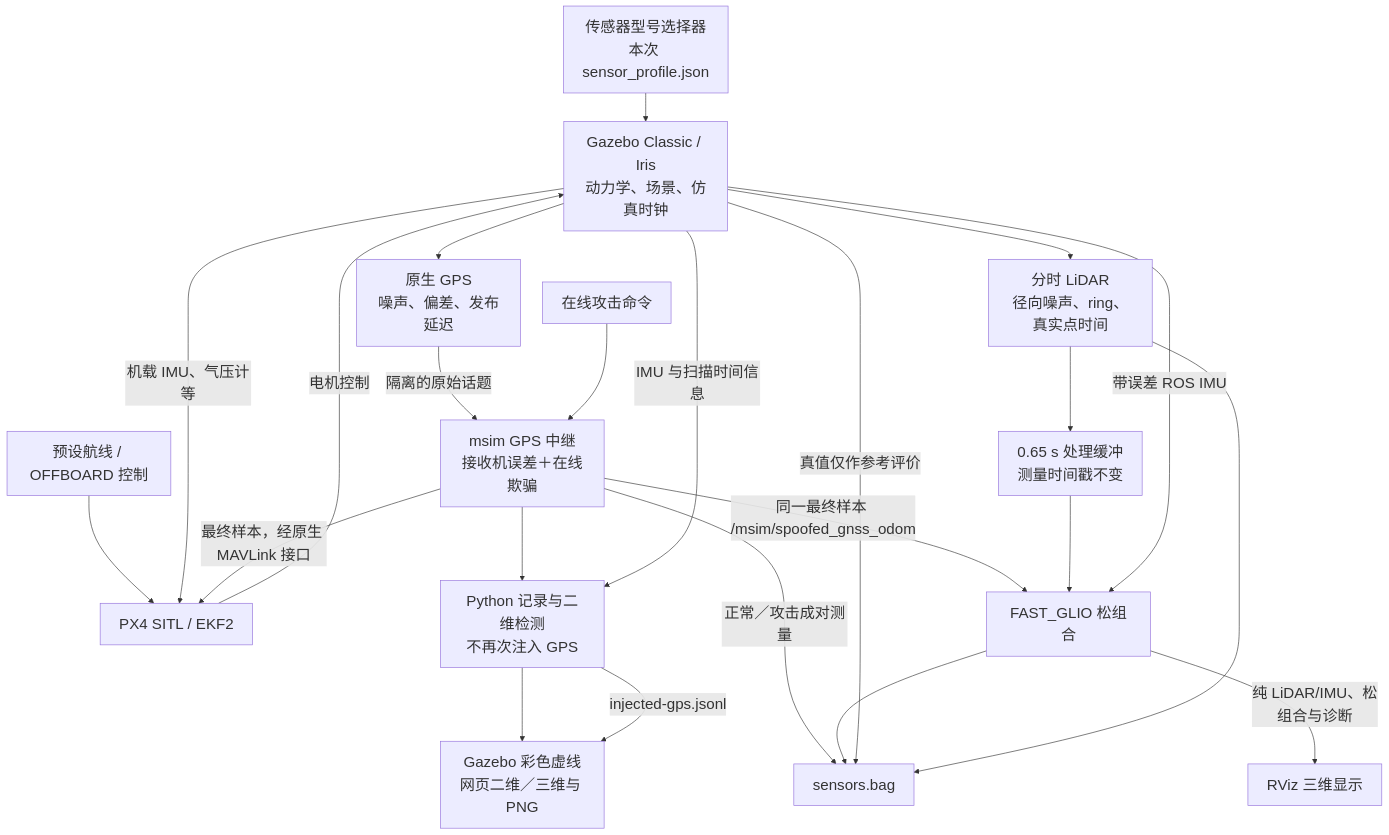
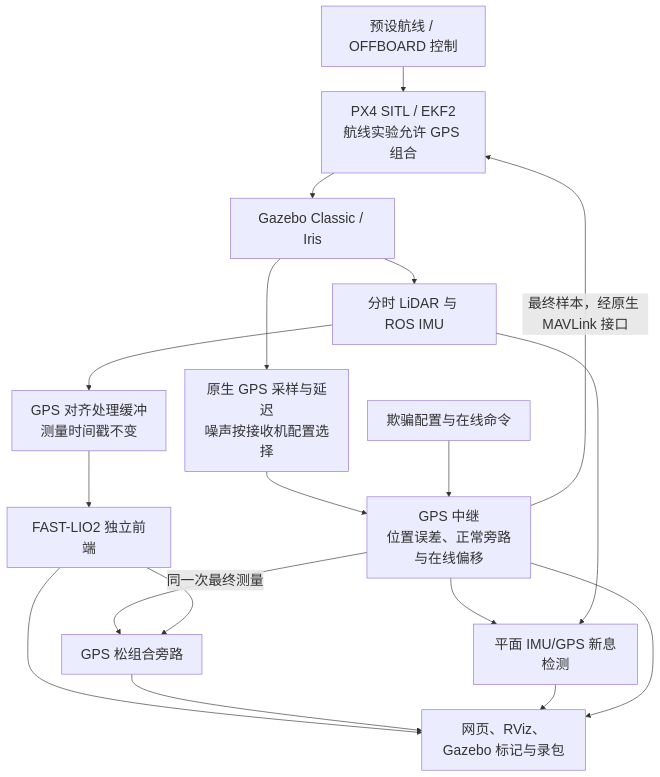
Before and after one commit to wangzika/msim: the second of 3 diagrams in docs/px4/ARCHITECTURE.md, drawn with Mermaid. The commit also changed other lines of this file and 44 other files, not shown here.

Commit message:
feat: add autonomous goal missions and document platform architecture

````diff
--- a/docs/px4/ARCHITECTURE.md
+++ b/docs/px4/ARCHITECTURE.md
@@ -7,26 +71,21 @@
 ```mermaid
-%%{init: {"themeVariables": {"fontSize": "24px"}, "flowchart": {"nodeSpacing": 35, "rankSpacing": 45}}}%%
+%%{init: {"themeVariables": {"fontSize": "22px"}, "flowchart": {"nodeSpacing": 30, "rankSpacing": 40}}}%%
 flowchart TB
-    config["传感器型号选择器<br/>本次 sensor_profile.json"] --> gazebo["Gazebo Classic / Iris<br/>动力学、场景、仿真时钟"]
-    route["预设航线 / OFFBOARD 控制"] --> px4["PX4 SITL / EKF2"]
-    px4 -->|电机控制| gazebo
-    gazebo -->|机载 IMU、气压计等| px4
-    gazebo --> gps["原生 GPS<br/>噪声、偏差、发布延迟"]
-    gps -->|隔离的原始话题| relay["msim GPS 中继<br/>接收机误差＋在线欺骗"]
-    command["在线攻击命令"] --> relay
+    route["预设航线 / OFFBOARD 控制"] --> px4["PX4 SITL / EKF2<br/>航线实验允许 GPS 组合"]
+    px4 --> gazebo["Gazebo Classic / Iris"]
+    gazebo --> native["原生 GPS 采样与延迟<br/>噪声按接收机配置选择"]
+    native --> relay["GPS 中继<br/>位置误差、正常旁路与在线偏移"]
+    attack["欺骗配置与在线命令"] --> relay
     relay -->|最终样本，经原生 MAVLink 接口| px4
-    relay -->|同一最终样本 /msim/spoofed_gnss_odom| fusion["FAST_GLIO 松组合"]
-    relay -->|正常／攻击成对测量| bag["sensors.bag"]
-    gazebo --> lidar["分时 LiDAR<br/>径向噪声、ring、真实点时间"]
-    lidar --> buffer["0.65 s 处理缓冲<br/>测量时间戳不变"]
-    buffer --> fusion
-    gazebo -->|带误差 ROS IMU| fusion
-    fusion -->|纯 LiDAR/IMU、松组合与诊断| rviz["RViz 三维显示"]
-    fusion --> bag
-    relay --> monitor["Python 记录与二维检测<br/>不再次注入 GPS"]
-    gazebo -->|IMU 与扫描时间信息| monitor
-    monitor --> view["Gazebo 彩色虚线<br/>网页二维／三维与 PNG"]
-    monitor -->|injected-gps.jsonl| view
-    gazebo -->|真值仅作参考评价| bag
-    lidar --> bag
+    relay -->|同一次最终测量| loose["GPS 松组合旁路"]
+    gazebo --> sensors["分时 LiDAR 与 ROS IMU"]
+    sensors --> buffer["GPS 对齐处理缓冲<br/>测量时间戳不变"]
+    buffer --> lio["FAST-LIO2 独立前端"]
+    lio --> loose
+    relay --> detector["平面 IMU/GPS 新息检测"]
+    sensors --> detector
+    lio --> outputs["网页、RViz、Gazebo 标记与录包"]
+    loose --> outputs
+    detector --> outputs
+    relay --> outputs
 ```
````
